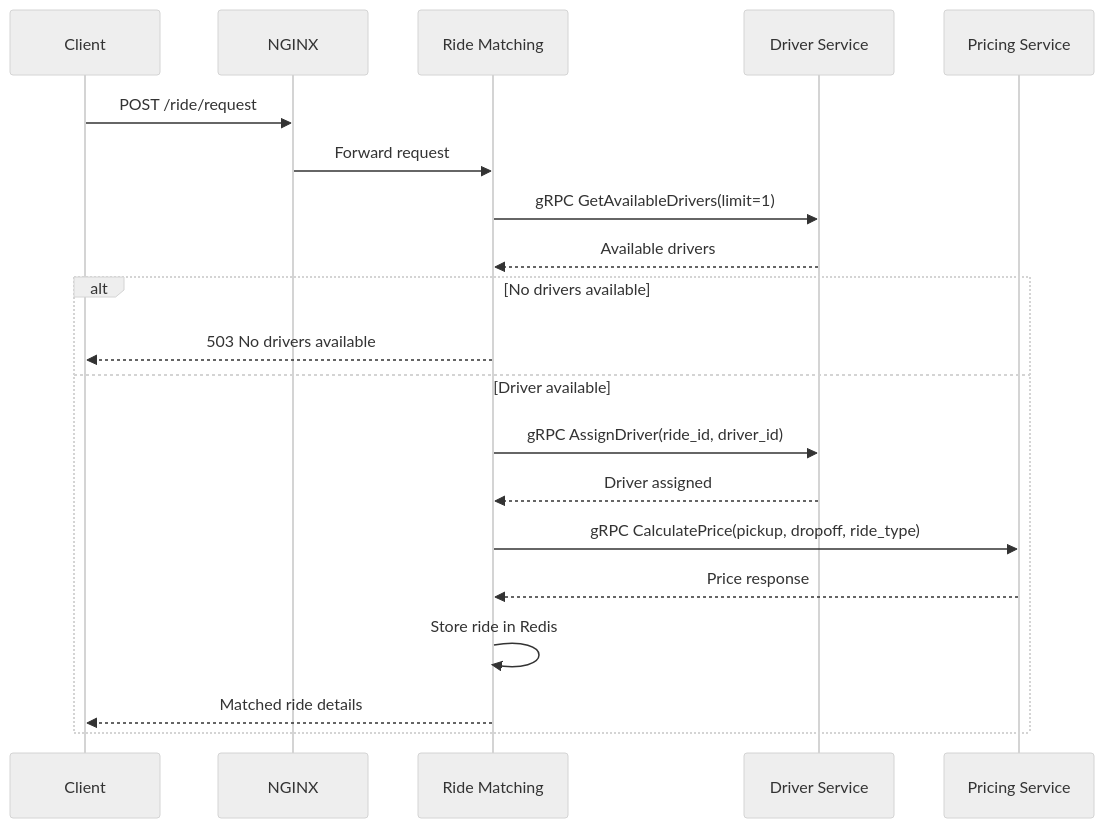
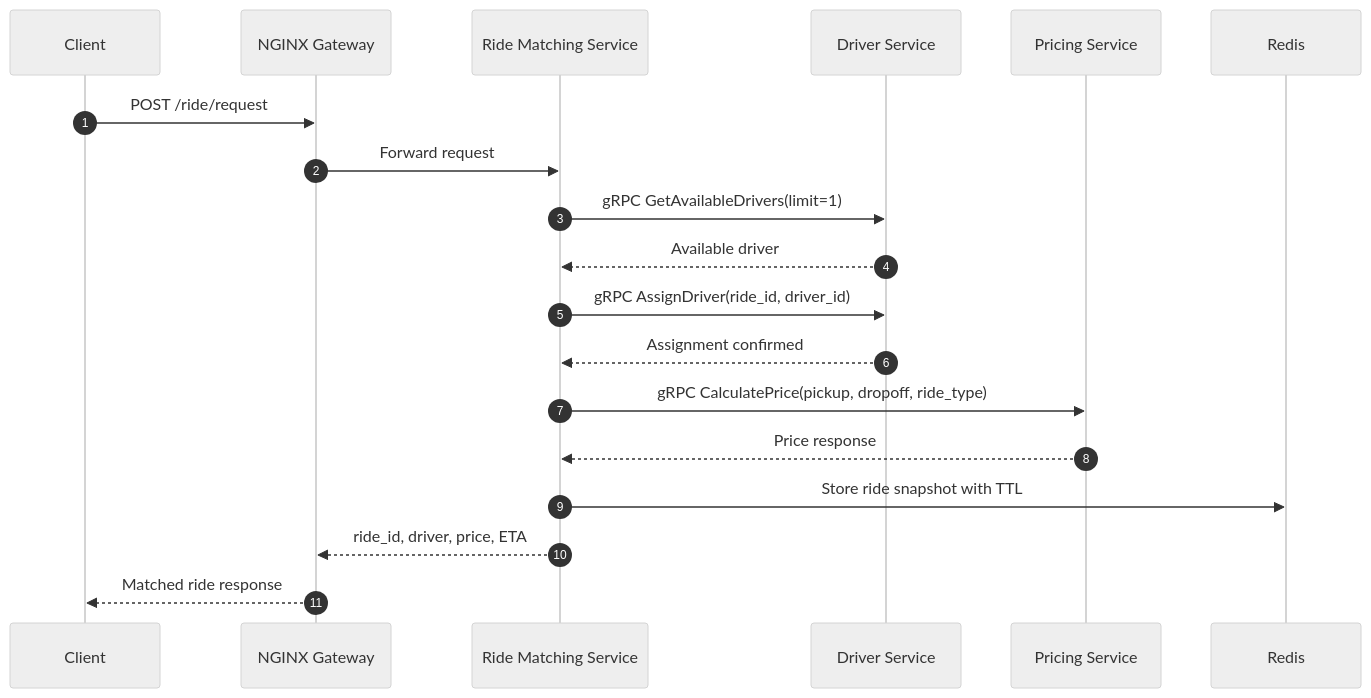
One commit to aaditya2210/ride-booking-modified changed the second of 3 diagrams in README.md. Above: the diagram before and after it, drawn with Mermaid (neutral theme). The commit also changed other lines of this file, not shown here.

Commit message:
Add configuration for new caching layer and update service dependencies

````diff
--- a/README.md
+++ b/README.md
@@ -257,24 +129,22 @@
 ```mermaid
 sequenceDiagram
+    autonumber
     participant C as Client
-    participant N as NGINX
-    participant RMS as Ride Matching
-    participant DS as Driver Service
-    participant PS as Pricing Service
+    participant G as NGINX Gateway
+    participant R as Ride Matching Service
+    participant D as Driver Service
+    participant P as Pricing Service
+    participant RR as Redis
 
-    C->>N: POST /ride/request
-    N->>RMS: Forward request
-    RMS->>DS: gRPC GetAvailableDrivers(limit=1)
-    DS-->>RMS: Available drivers
-
-    alt No drivers available
-        RMS-->>C: 503 No drivers available
-    else Driver available
-        RMS->>DS: gRPC AssignDriver(ride_id, driver_id)
-        DS-->>RMS: Driver assigned
-        RMS->>PS: gRPC CalculatePrice(pickup, dropoff, ride_type)
-        PS-->>RMS: Price response
-        RMS->>RMS: Store ride in Redis
-        RMS-->>C: Matched ride details
-    end
+    C->>G: POST /ride/request
+    G->>R: Forward request
+    R->>D: gRPC GetAvailableDrivers(limit=1)
+    D-->>R: Available driver
+    R->>D: gRPC AssignDriver(ride_id, driver_id)
+    D-->>R: Assignment confirmed
+    R->>P: gRPC CalculatePrice(pickup, dropoff, ride_type)
+    P-->>R: Price response
+    R->>RR: Store ride snapshot with TTL
+    R-->>G: ride_id, driver, price, ETA
+    G-->>C: Matched ride response
 ```
````
